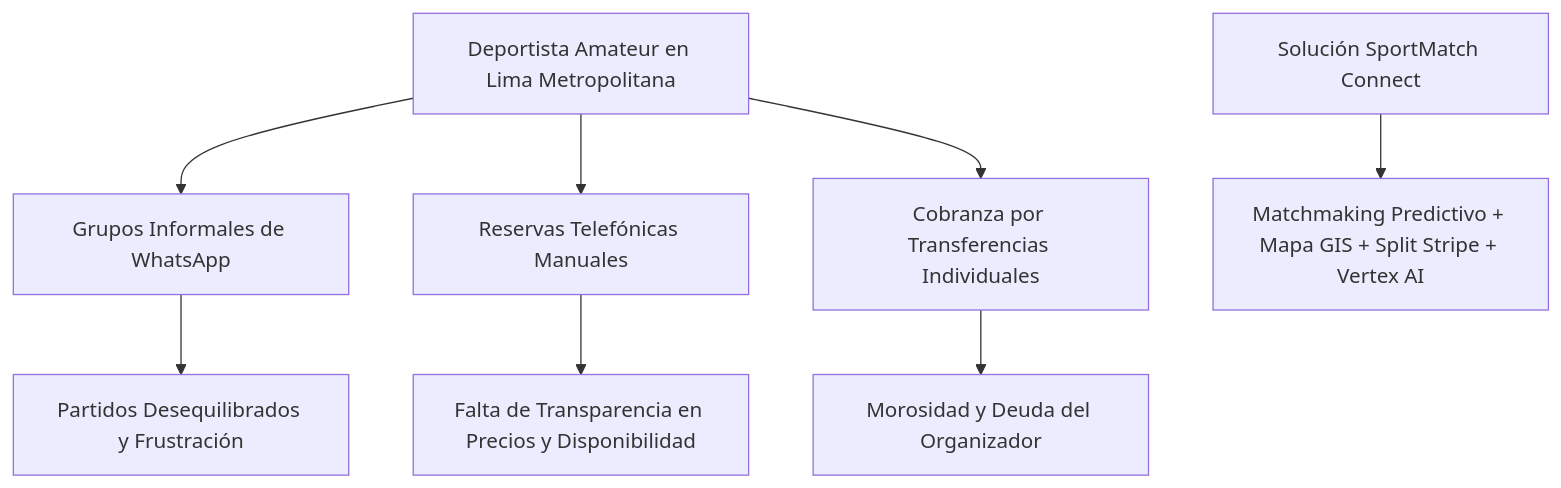
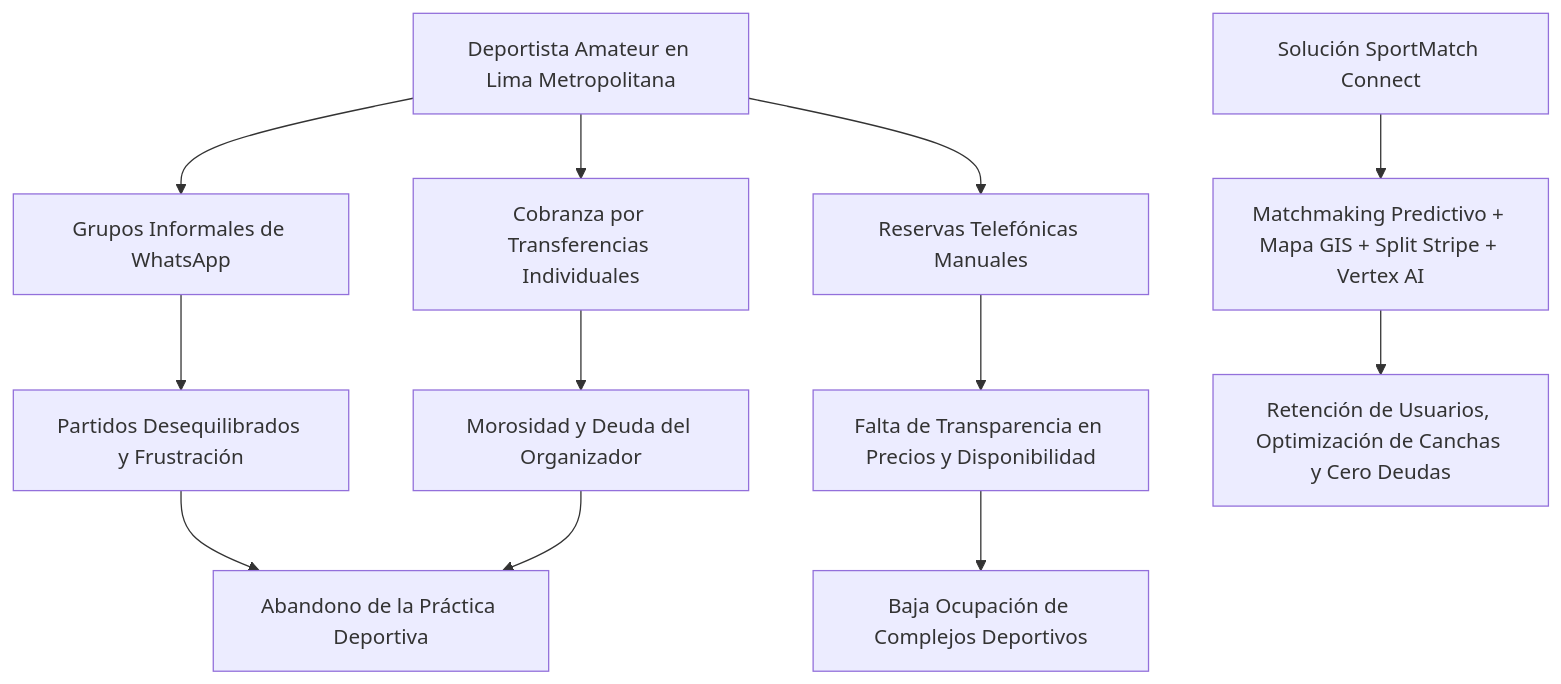
One commit to jojiz29/sportmatch-connect changed the first of 2 diagrams in ENTREGABLE/2. Paper Edwin/1_PAPER_CIENTIFICO_IEEE_ES.md. Above: the diagram before and after it, drawn with Mermaid. The commit also changed other lines of this file and 21 other files, not shown here.

````diff
--- a/ENTREGABLE/2. Paper Edwin/1_PAPER_CIENTIFICO_IEEE_ES.md
+++ b/ENTREGABLE/2. Paper Edwin/1_PAPER_CIENTIFICO_IEEE_ES.md
@@ -49,10 +55,14 @@
 ```mermaid
 graph TD
     A[Deportista Amateur en Lima Metropolitana] --> B[Grupos Informales de WhatsApp]
     A --> C[Reservas Telefónicas Manuales]
     A --> D[Cobranza por Transferencias Individuales]
     B --> E[Partidos Desequilibrados y Frustración]
     C --> F[Falta de Transparencia en Precios y Disponibilidad]
     D --> G[Morosidad y Deuda del Organizador]
     H[Solución SportMatch Connect] --> I[Matchmaking Predictivo + Mapa GIS + Split Stripe + Vertex AI]
+    E --> J[Abandono de la Práctica Deportiva]
+    F --> K[Baja Ocupación de Complejos Deportivos]
+    G --> J
+    I --> L[Retención de Usuarios, Optimización de Canchas y Cero Deudas]
 ```
````
